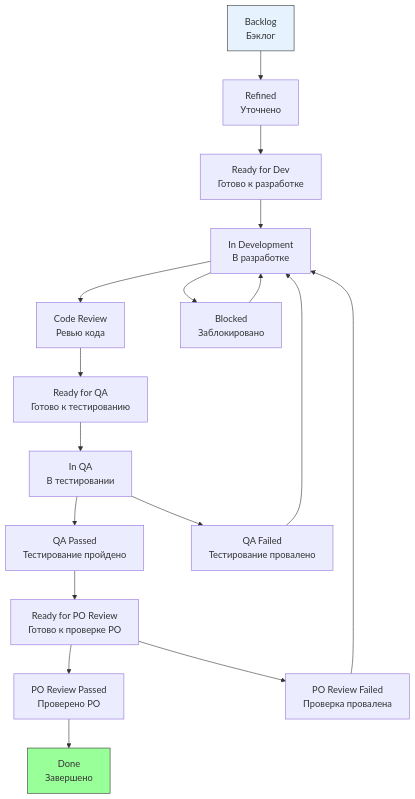
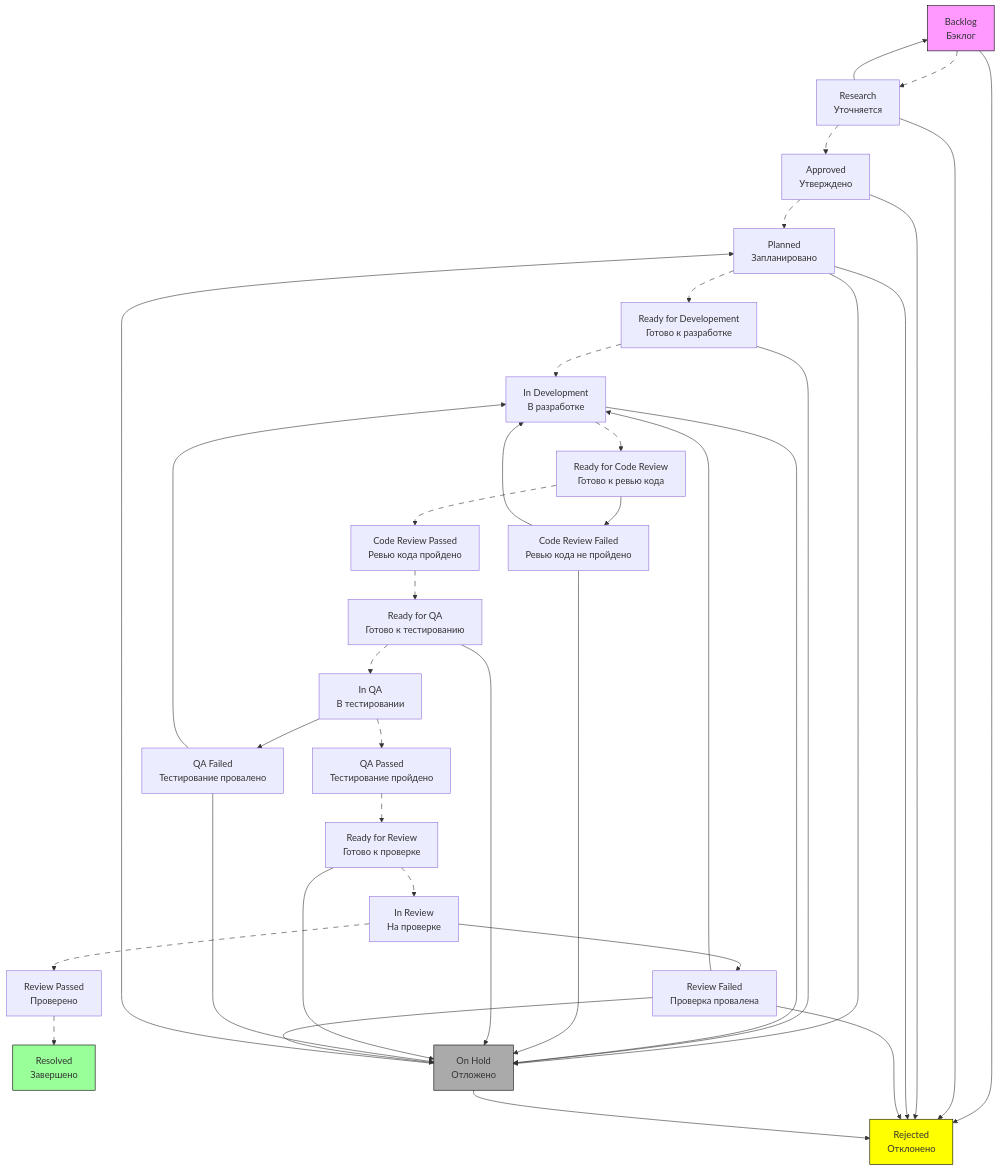
The diagram in data-scheme/about workflow/story-workflow.md (YaroslavMizgirev/my-jira), drawn with Mermaid before and after one commit. The commit also changed other lines of this file, not shown here.

````diff
--- a/data-scheme/about workflow/story-workflow.md
+++ b/data-scheme/about workflow/story-workflow.md
@@ -12,25 +12,51 @@
 ```mermaid
 graph TD
-    A[Backlog<br/>Бэклог] --> B[Refined<br/>Уточнено]
-    B --> C[Ready for Dev<br/>Готово к разработке]
-    C --> D[In Development<br/>В разработке]
-    D --> E[Code Review<br/>Ревью кода]
-    E --> F[Ready for QA<br/>Готово к тестированию]
-    F --> G[In QA<br/>В тестировании]
-    G --> H[QA Passed<br/>Тестирование пройдено]
-    H --> I[Ready for PO Review<br/>Готово к проверке PO]
-    I --> J[PO Review Passed<br/>Проверено PO]
-    J --> K[Done<br/>Завершено]
-    
-    D --> L[Blocked<br/>Заблокировано]
-    L --> D
-    
-    G --> M[QA Failed<br/>Тестирование провалено]
-    M --> D
-    
-    I --> N[PO Review Failed<br/>Проверка провалена]
-    N --> D
-    
-    style A fill:#e6f3ff,stroke:#333
-    style K fill:#9f9,stroke:#333
+  A[Backlog<br/>Бэклог] e1@--> B[Research<br/>Уточняется]
+  B --> A
+  B e2@--> C[Approved<br/>Утверждено]
+  C e3@--> D[Planned<br/>Запланировано]
+  D e4@--> Q[Ready for Developement<br/>Готово к разработке]
+  Q e5@--> E[In Development<br/>В разработке]
+  E e6@--> F[Ready for Code Review<br/>Готово к ревью кода]
+  F e7@--> FA[Code Review Passed<br/>Ревью кода пройдено]
+  F --> FB[Code Review Failed<br/>Ревью кода не пройдено]
+  FB --> E
+  FA e8@--> G[Ready for QA<br/>Готово к тестированию]
+  G e9@--> H[In QA<br/>В тестировании]
+  H e10@--> I[QA Passed<br/>Тестирование пройдено]
+  I e11@--> J[Ready for Review<br/>Готово к проверке]
+  J e12@--> K[In Review<br/>На проверке]
+  K e13@--> L[Review Passed<br/>Проверено]
+  L e14@--> O[Resolved<br/>Завершено]
+
+  H --> M[QA Failed<br/>Тестирование провалено]
+  M --> E
+
+  K --> N[Review Failed<br/>Проверка провалена]
+  N --> E
+
+  A --> W[Rejected<br/>Отклонено]
+  B --> W
+  C --> W
+  D --> W
+  N --> W
+
+  D --> X[On Hold<br/>Отложено]
+  X --> D
+  Q --> X
+  E --> X
+  FB --> X
+  G --> X
+  J --> X
+  M --> X
+  N --> X
+  X --> W
+
+  classDef animate stroke-dasharray: 9,5,stroke-dashoffset: 900,animation: dash 25s linear infinite;
+  class e1,e2,e3,e4,e5,e6,e7,e8,e9,e10,e11,e12,e13,e14 animate
+
+  style A fill:#f9f,stroke:#000
+  style O fill:#9f9,stroke:#000
+  style W fill:#ff0,stroke:#000
+  style X fill:#aaa,stroke:#000
 ```
````
